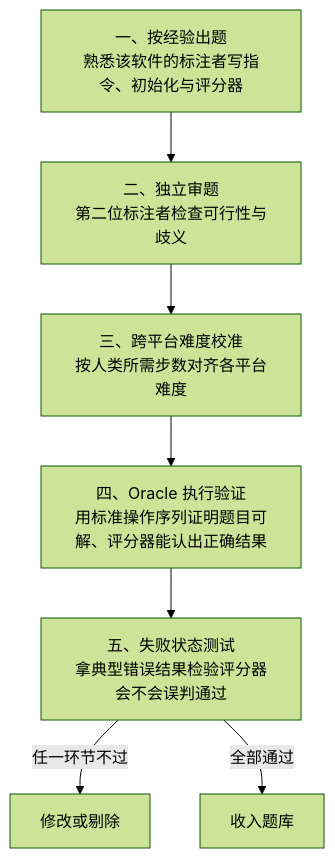
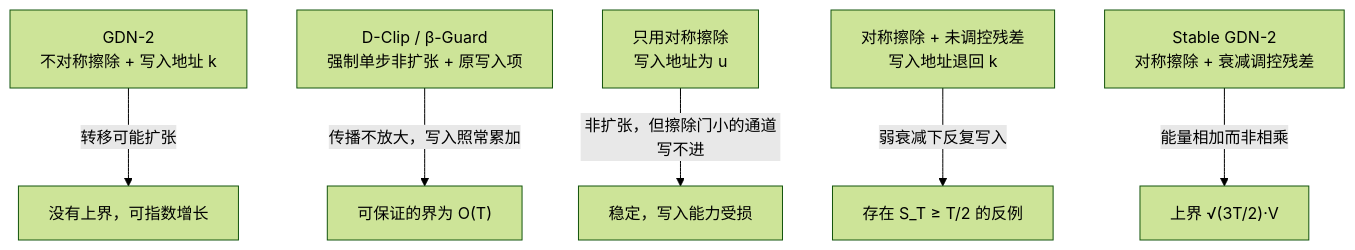
The fourth of 5 diagrams in docs/index.md (yingwang/paper-reads), drawn with Mermaid (forest theme) before and after one commit. The commit also changed other lines of this file and 2 other files, not shown here.

First line of the commit message:
Add 2026-11-28-stable-gated-deltanet-2-recurrent-state-instability

````diff
--- a/docs/index.md
+++ b/docs/index.md
@@ -161,9 +279,8 @@
 ```mermaid
 flowchart TD
-    S1["一、按经验出题<br/>熟悉该软件的标注者写指令、初始化与评分器"] --> S2["二、独立审题<br/>第二位标注者检查可行性与歧义"]
-    S2 --> S3["三、跨平台难度校准<br/>按人类所需步数对齐各平台难度"]
-    S3 --> S4["四、Oracle 执行验证<br/>用标准操作序列证明题目可解、评分器能认出正确结果"]
-    S4 --> S5["五、失败状态测试<br/>拿典型错误结果检验评分器会不会误判通过"]
-    S5 -->|"任一环节不过"| R["修改或剔除"]
-    S5 -->|"全部通过"| OK["收入题库"]
+    G2["GDN-2<br/>不对称擦除 + 写入地址 k"] -->|"转移可能扩张"| B0["没有上界，可指数增长"]
+    DC["D-Clip / β-Guard<br/>强制单步非扩张 + 原写入项"] -->|"传播不放大，写入照常累加"| B1["可保证的界为 O(T)"]
+    S1["只用对称擦除<br/>写入地址为 u"] -->|"非扩张，但擦除门小的通道写不进"| B2["稳定，写入能力受损"]
+    S2["对称擦除 + 未调控残差<br/>写入地址退回 k"] -->|"弱衰减下反复写入"| B3["存在 S_T ≥ T/2 的反例"]
+    S3["Stable GDN-2<br/>对称擦除 + 衰减调控残差"] -->|"能量相加而非相乘"| B4["上界 √(3T/2)·V"]
 ```
````
